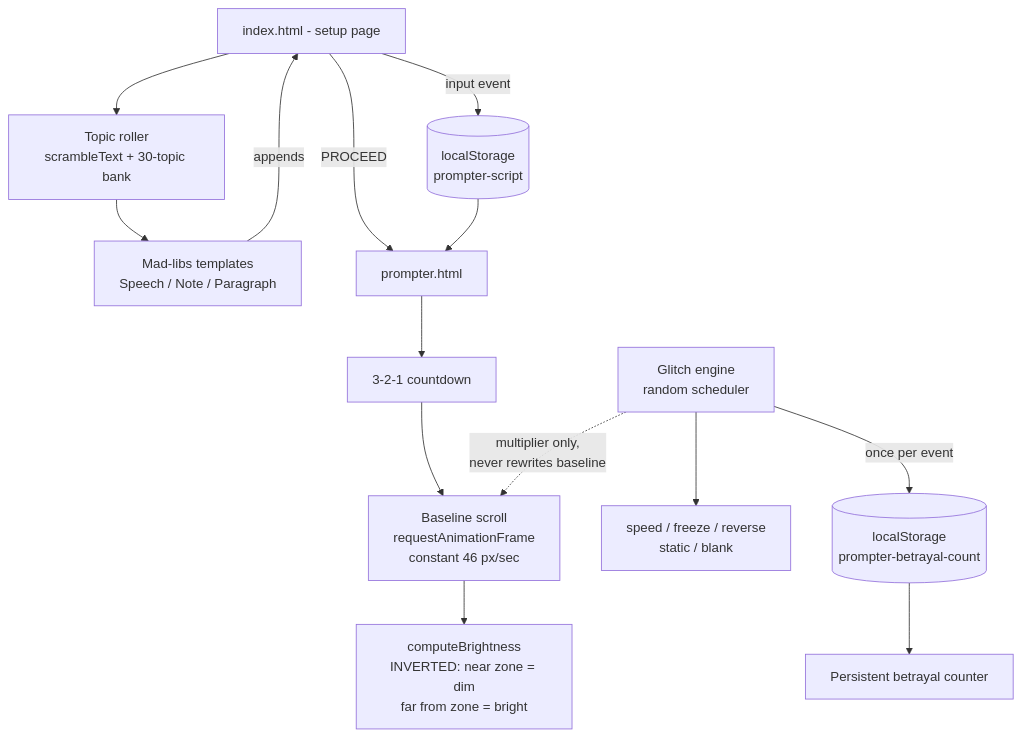
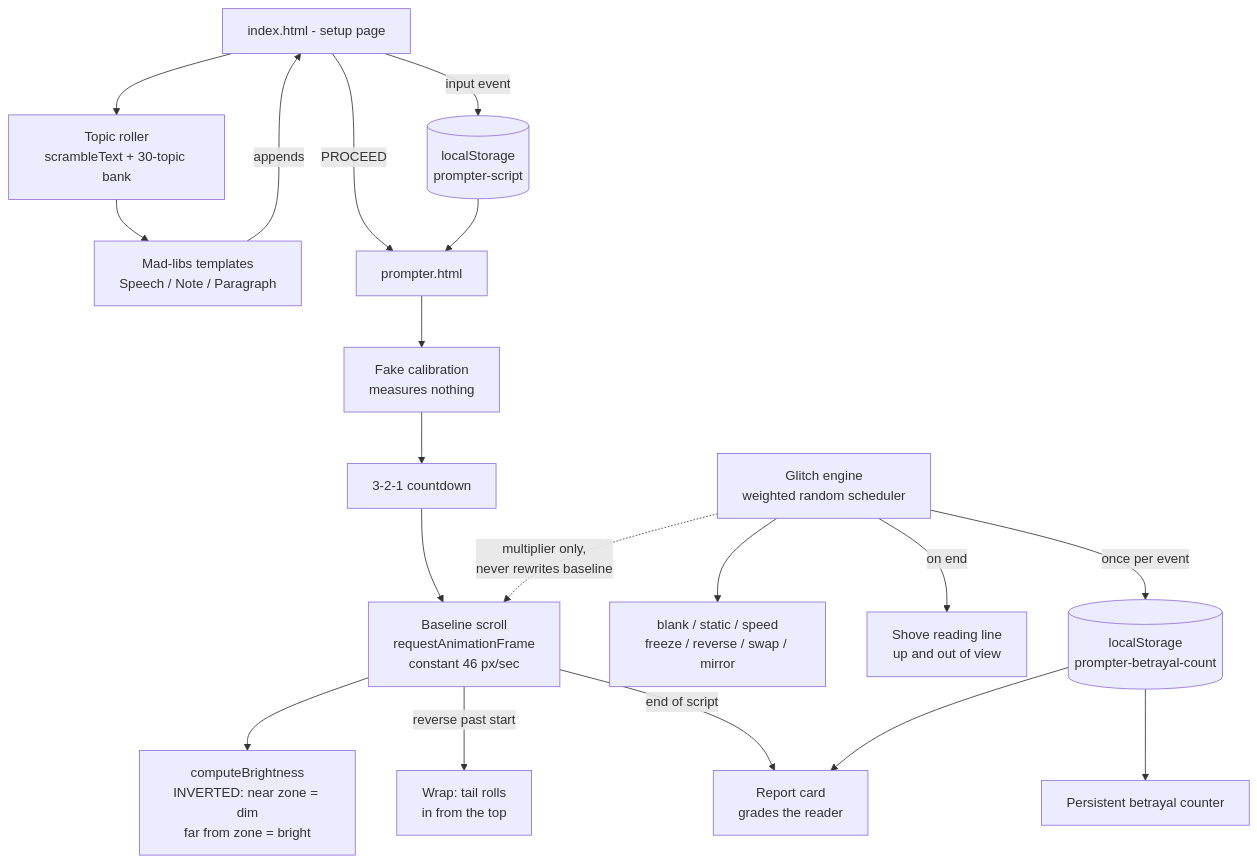
One commit to annmol-hq/princess_ennui_of_whynotia changed the diagram in README.md. Above: the diagram before and after it, drawn with Mermaid. The commit also changed other lines of this file, not shown here.

````diff
--- a/README.md
+++ b/README.md
@@ -137,16 +134,21 @@
 ```mermaid
 flowchart TD
     A[index.html - setup page] -->|input event| B[(localStorage<br/>prompter-script)]
     A --> C[Topic roller<br/>scrambleText + 30-topic bank]
     C --> D[Mad-libs templates<br/>Speech / Note / Paragraph]
     D -->|appends| A
     A -->|PROCEED| E[prompter.html]
     B --> E
-    E --> F[3-2-1 countdown]
+    E --> F0[Fake calibration<br/>measures nothing]
+    F0 --> F[3-2-1 countdown]
     F --> G[Baseline scroll<br/>requestAnimationFrame<br/>constant 46 px/sec]
     G --> H[computeBrightness<br/>INVERTED: near zone = dim<br/>far from zone = bright]
-    I[Glitch engine<br/>random scheduler] -.->|multiplier only,<br/>never rewrites baseline| G
-    I --> J[speed / freeze / reverse<br/>static / blank]
+    I[Glitch engine<br/>weighted random scheduler] -.->|multiplier only,<br/>never rewrites baseline| G
+    I --> J[blank / static / speed<br/>freeze / reverse / swap / mirror]
+    I -->|on end| M[Shove reading line<br/>up and out of view]
+    G -->|reverse past start| N[Wrap: tail rolls<br/>in from the top]
     I -->|once per event| K[(localStorage<br/>prompter-betrayal-count)]
     K --> L[Persistent betrayal counter]
+    G -->|end of script| P[Report card<br/>grades the reader]
+    K --> P
 ```
````
